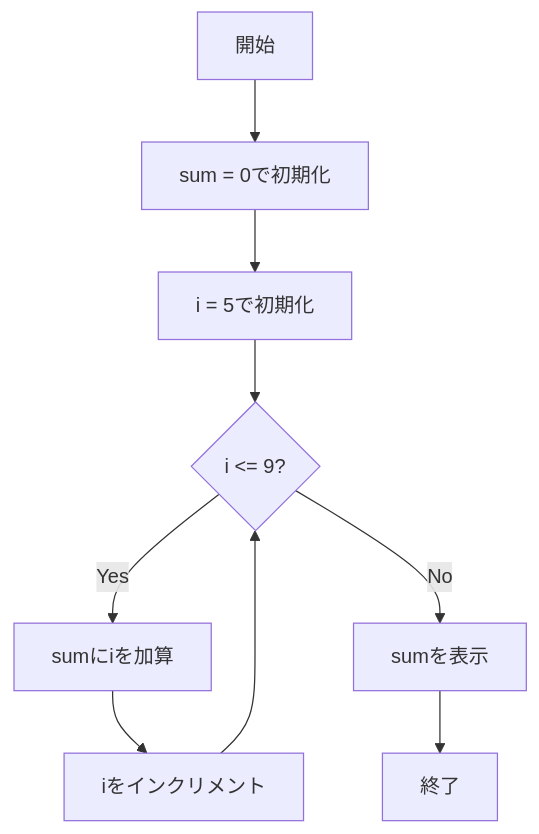
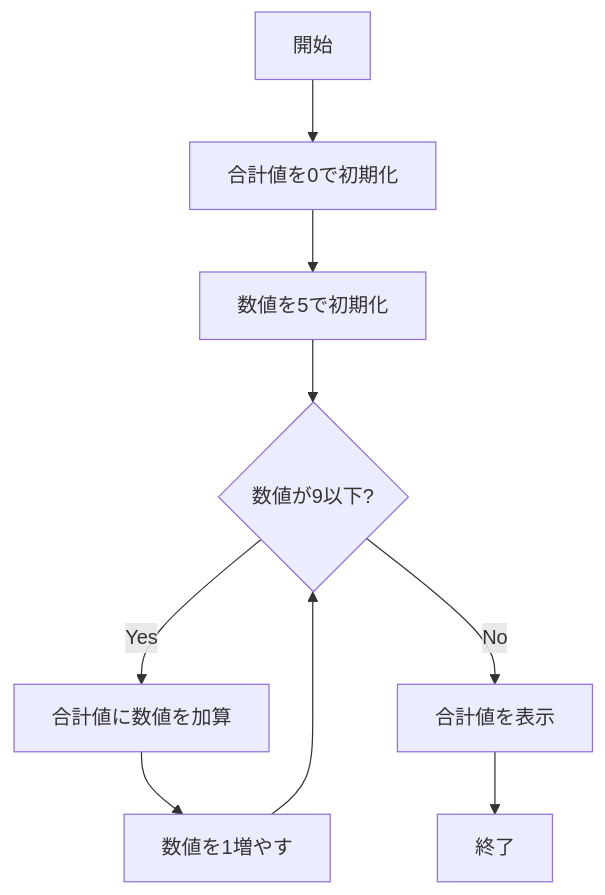
One commit to kanjiz/java-training-design-docs changed the second of 2 diagrams in chapter04/WhileLoopSum-README.md. Above: the diagram before and after it, drawn with Mermaid. The commit also changed other lines of this file and 3 other files, not shown here.

````diff
--- a/chapter04/WhileLoopSum-README.md
+++ b/chapter04/WhileLoopSum-README.md
@@ -52,11 +42,11 @@
 ```mermaid
 flowchart TD
-    A[開始] --> B[sum = 0で初期化]
-    B --> C[i = 5で初期化]
-    C --> D{i <= 9?}
-    D -->|Yes| E[sumにiを加算]
-    E --> F[iをインクリメント]
+    A[開始] --> B[合計値を0で初期化]
+    B --> C[数値を5で初期化]
+    C --> D{数値が9以下?}
+    D -->|Yes| E[合計値に数値を加算]
+    E --> F[数値を1増やす]
     F --> D
-    D -->|No| G[sumを表示]
+    D -->|No| G[合計値を表示]
     G --> H[終了]
 ```
````
